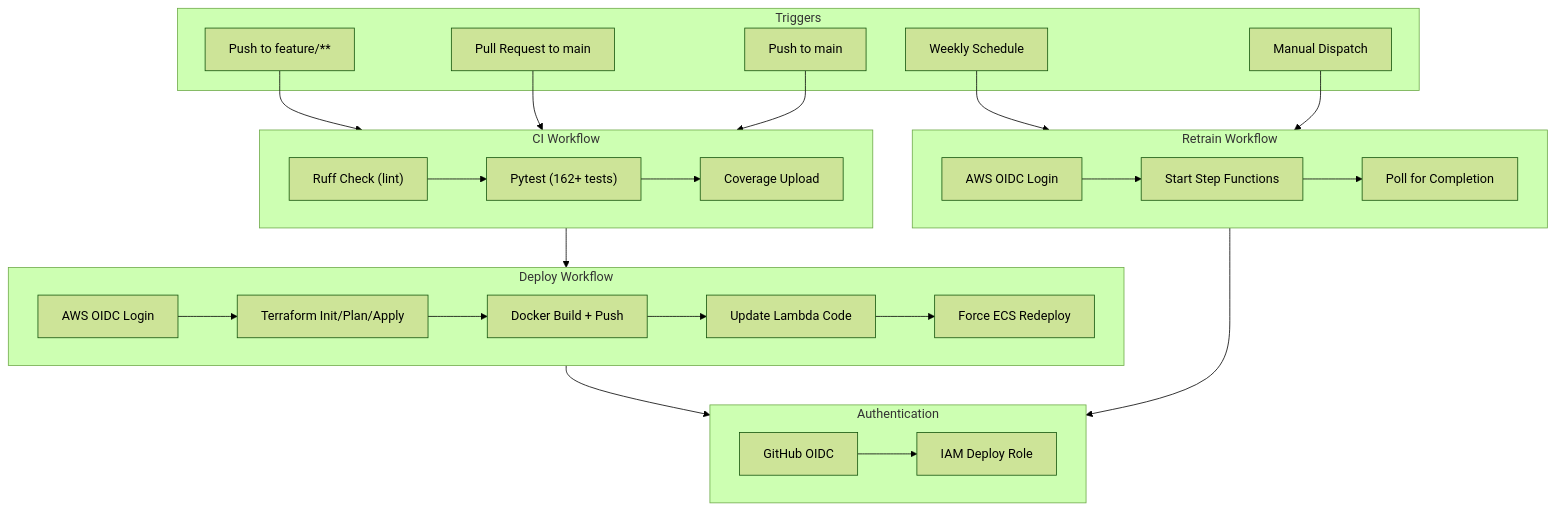
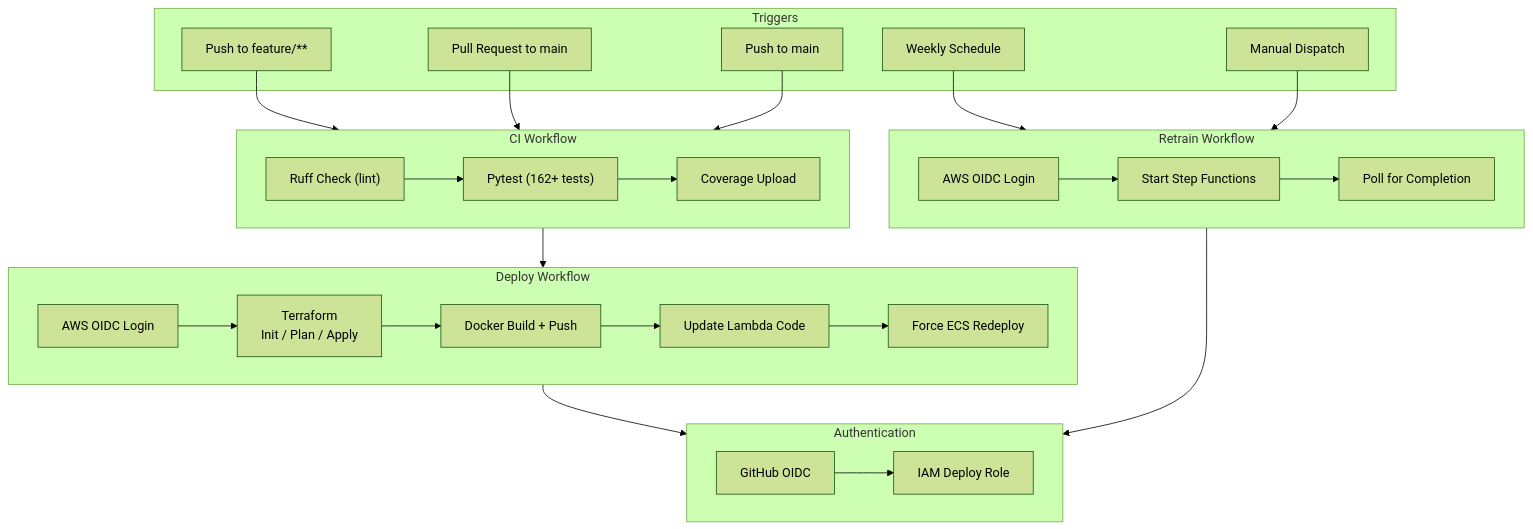
Before and after one commit to rawad-yared/bcgx-spanishgas-g1: the seventh of 8 diagrams in README.md, drawn with Mermaid (forest theme). The commit also changed other lines of this file, not shown here.

First line of the commit message:
Fix Mermaid diagram truncation and correct feature tier content

````diff
--- a/README.md
+++ b/README.md
@@ -380,45 +342,45 @@
 ```mermaid
 graph TD
     subgraph Triggers
         PUSH_F["Push to feature/**"]
         PR["Pull Request to main"]
         PUSH_M["Push to main"]
         SCHED["Weekly Schedule"]
         MANUAL["Manual Dispatch"]
     end
 
     subgraph CI["CI Workflow"]
         LINT["Ruff Check (lint)"]
         TEST["Pytest (162+ tests)"]
         COV["Coverage Upload"]
         LINT --> TEST --> COV
     end
 
     subgraph Deploy["Deploy Workflow"]
         OIDC["AWS OIDC Login"]
-        TF_PLAN["Terraform Init/Plan/Apply"]
+        TF_PLAN["Terraform<br>Init / Plan / Apply"]
         DOCKER["Docker Build + Push"]
         UPDATE_LAMBDA["Update Lambda Code"]
         ECS_DEPLOY["Force ECS Redeploy"]
         OIDC --> TF_PLAN --> DOCKER --> UPDATE_LAMBDA --> ECS_DEPLOY
     end
 
     subgraph Retrain["Retrain Workflow"]
         OIDC2["AWS OIDC Login"]
         SFN_START["Start Step Functions"]
         POLL["Poll for Completion"]
         OIDC2 --> SFN_START --> POLL
     end
 
     PUSH_F & PR --> CI
     PUSH_M --> CI --> Deploy
     SCHED & MANUAL --> Retrain
 
     subgraph Auth["Authentication"]
         GH_OIDC["GitHub OIDC"]
         IAM_ROLE["IAM Deploy Role"]
         GH_OIDC --> IAM_ROLE
     end
 
     Deploy & Retrain --> Auth
 ```
````
